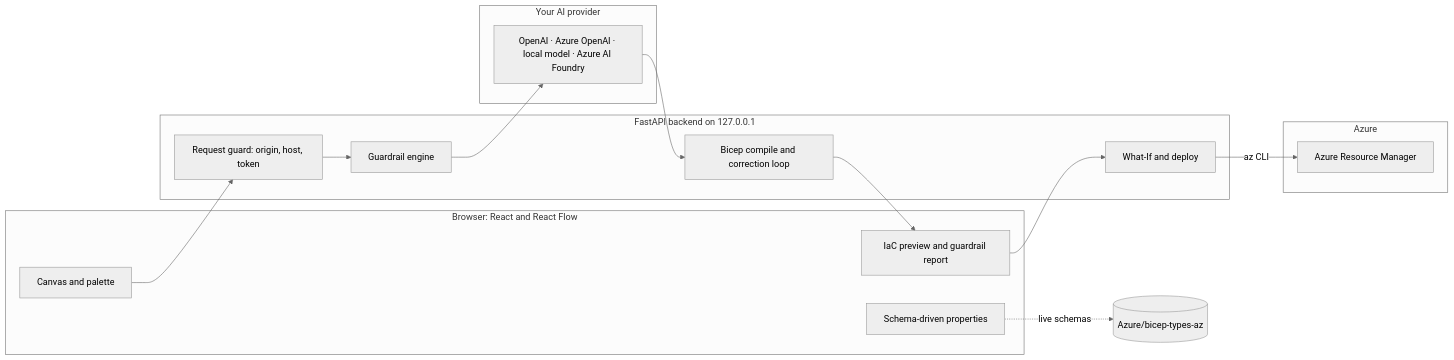
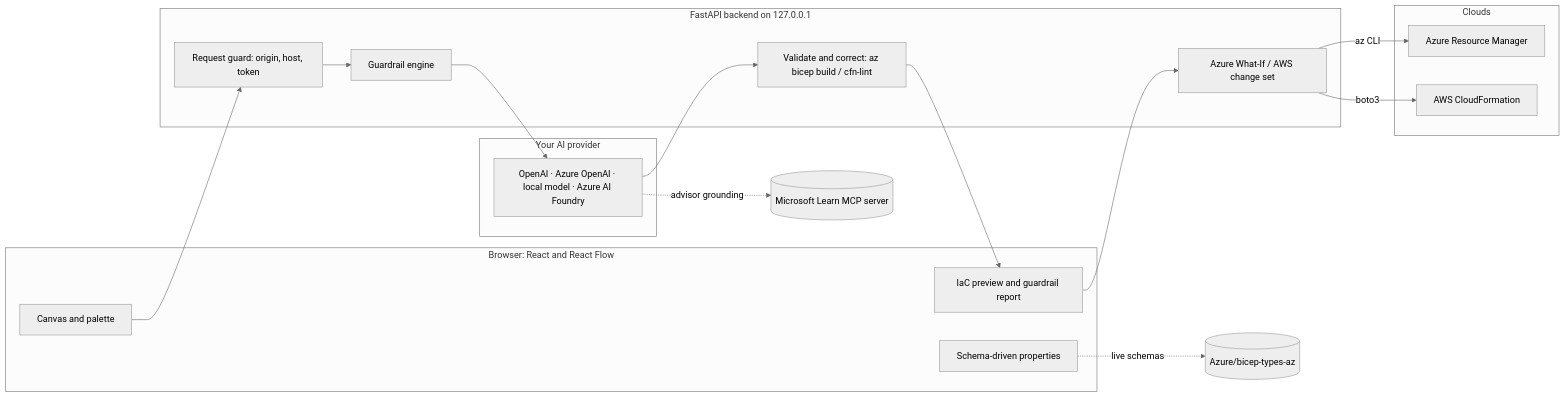
The diagram in README.md (mdmudassirahmed/liftoff), drawn with Mermaid (neutral theme) before and after one commit. The commit also changed other lines of this file and 77 other files, not shown here.

First line of the commit message:
Add AWS support and Microsoft Learn MCP grounding

````diff
--- a/README.md
+++ b/README.md
@@ -252,31 +273,36 @@
 ```mermaid
 flowchart LR
     subgraph Browser["Browser: React and React Flow"]
         Canvas[Canvas and palette]
         Props[Schema-driven properties]
         Preview[IaC preview and guardrail report]
     end
 
     subgraph API["FastAPI backend on 127.0.0.1"]
         Guard[Request guard: origin, host, token]
         Rails[Guardrail engine]
-        Fix[Bicep compile and correction loop]
-        Deploy[What-If and deploy]
+        Fix[Validate and correct: az bicep build / cfn-lint]
+        Deploy[Azure What-If / AWS change set]
     end
 
     subgraph Model["Your AI provider"]
         LLM[OpenAI · Azure OpenAI · local model · Azure AI Foundry]
     end
 
-    subgraph Azure
+    subgraph Clouds
         ARM[Azure Resource Manager]
+        CFN[AWS CloudFormation]
     end
+
+    Learn[(Microsoft Learn MCP server)]
 
     BicepTypes[(Azure/bicep-types-az)]
 
     Canvas --> Guard
     Props -. live schemas .-> BicepTypes
     Guard --> Rails --> LLM
     LLM --> Fix --> Preview
     Preview --> Deploy -->|az CLI| ARM
+    Deploy -->|boto3| CFN
+    LLM -. advisor grounding .-> Learn
 ```
````
